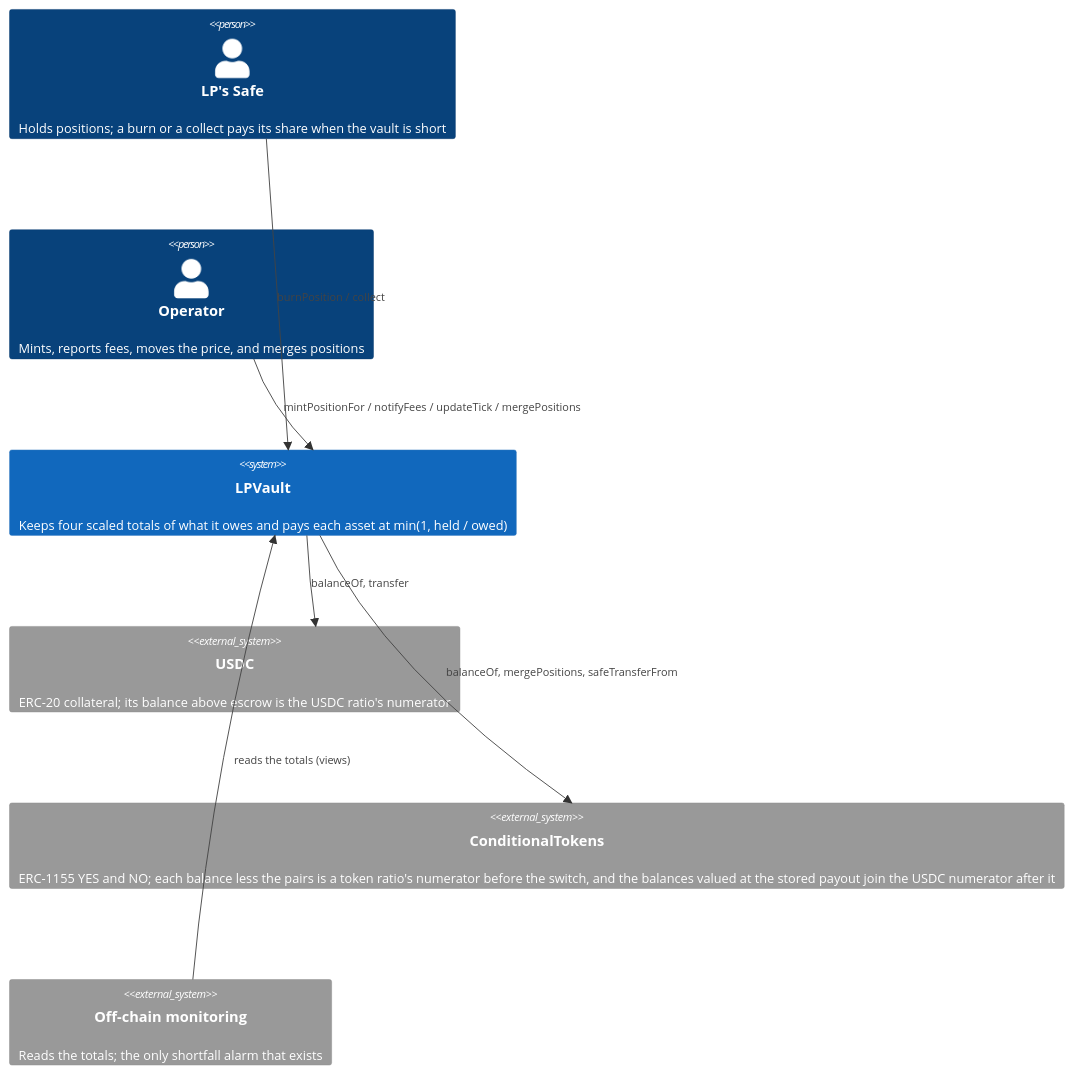
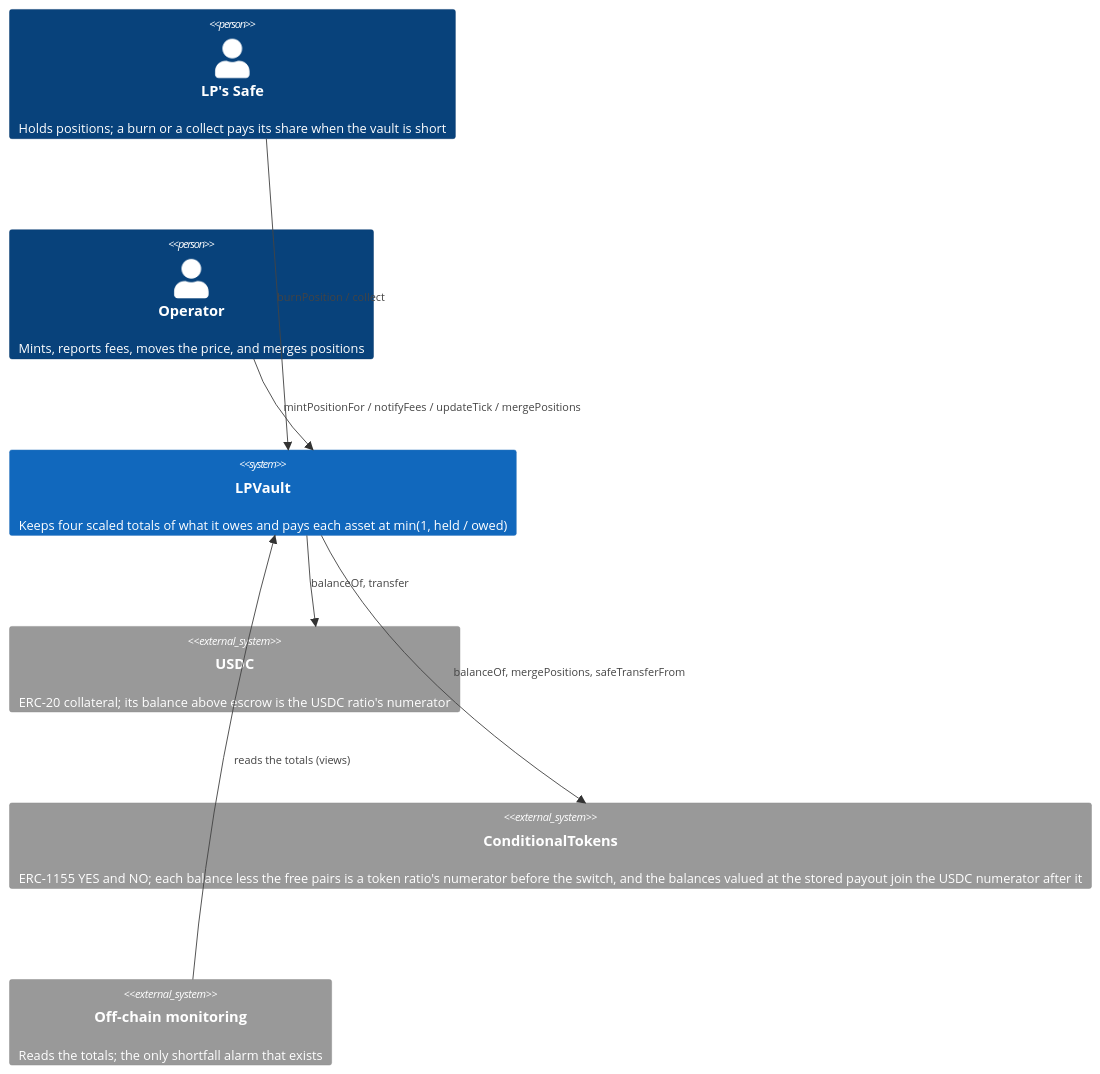
The first of 4 diagrams in specs/features/contracts/FEAT-9BQZ-vault-solvency-ledger/ARCHITECTURE.md (ProphetMarket/lp-vaults), drawn with Mermaid before and after one commit. The commit also changed other lines of this file and 16 other files, not shown here.

First line of the commit message:
spec (vault): Specify the free-pairs merge

````diff
--- a/specs/features/contracts/FEAT-9BQZ-vault-solvency-ledger/ARCHITECTURE.md
+++ b/specs/features/contracts/FEAT-9BQZ-vault-solvency-ledger/ARCHITECTURE.md
@@ -13,15 +13,15 @@
 ```mermaid
 C4Context
     Person(lp, "LP's Safe", "Holds positions; a burn or a collect pays its share when the vault is short")
     Person(operator, "Operator", "Mints, reports fees, moves the price, and merges positions")
     System(vault, "LPVault", "Keeps four scaled totals of what it owes and pays each asset at min(1, held / owed)")
     System_Ext(usdc, "USDC", "ERC-20 collateral; its balance above escrow is the USDC ratio's numerator")
-    System_Ext(ct, "ConditionalTokens", "ERC-1155 YES and NO; each balance less the pairs is a token ratio's numerator before the switch, and the balances valued at the stored payout join the USDC numerator after it")
+    System_Ext(ct, "ConditionalTokens", "ERC-1155 YES and NO; each balance less the free pairs is a token ratio's numerator before the switch, and the balances valued at the stored payout join the USDC numerator after it")
     System_Ext(monitor, "Off-chain monitoring", "Reads the totals; the only shortfall alarm that exists")
 
     Rel(lp, vault, "burnPosition / collect")
     Rel(operator, vault, "mintPositionFor / notifyFees / updateTick / mergePositions")
     Rel(vault, usdc, "balanceOf, transfer")
     Rel(vault, ct, "balanceOf, mergePositions, safeTransferFrom")
     Rel(monitor, vault, "reads the totals (views)")
 ```
````
